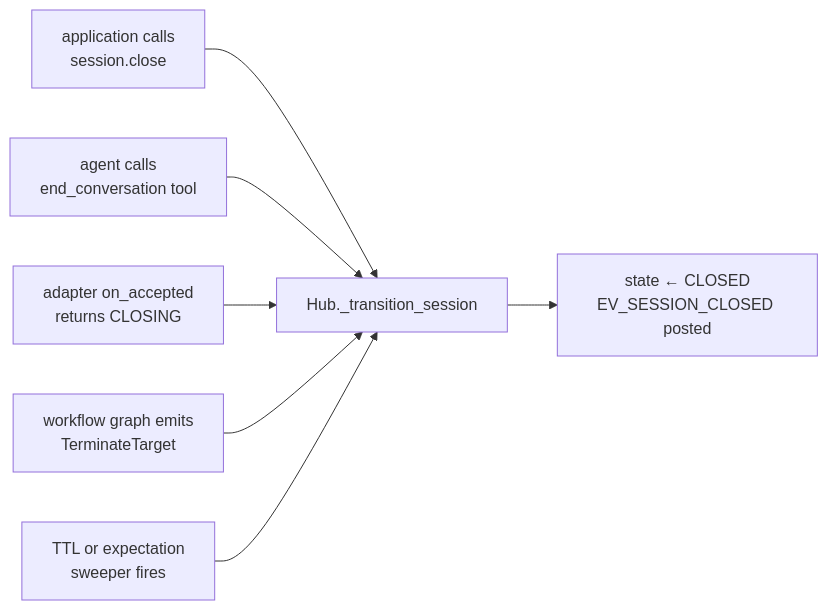
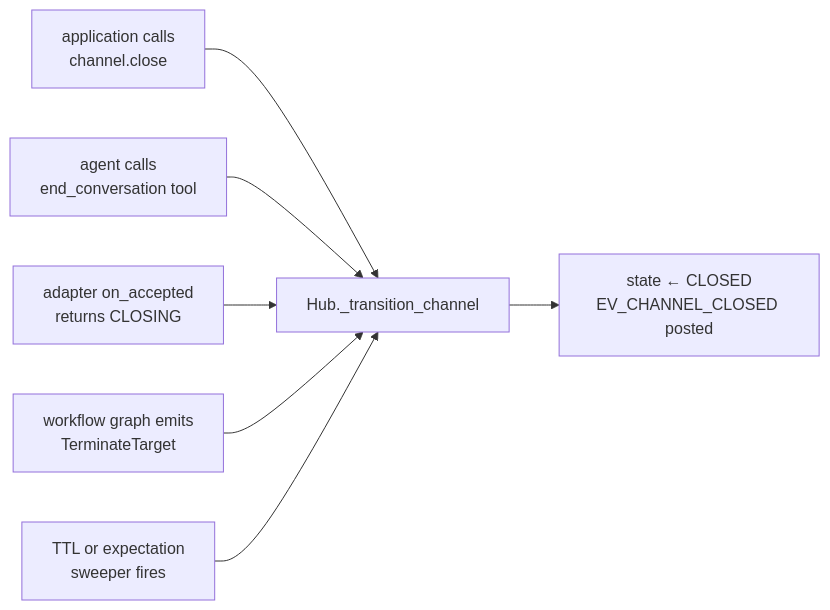
The first of 2 diagrams in website/docs/beta/network/termination.mdx (shaneholloman/ag2), drawn with Mermaid before and after one commit. The commit also changed other lines of this file and 100 other files, not shown here.

````diff
--- a/website/docs/beta/network/termination.mdx
+++ b/website/docs/beta/network/termination.mdx
@@ -18,16 +18,16 @@
 ```mermaid
 flowchart LR
-    A[application calls<br/>session.close]
+    A[application calls<br/>channel.close]
     B[agent calls<br/>end_conversation tool]
     C[adapter on_accepted<br/>returns CLOSING]
     D[workflow graph emits<br/>TerminateTarget]
     E[TTL or expectation<br/>sweeper fires]
 
-    A --> H[Hub._transition_session]
+    A --> H[Hub._transition_channel]
     B --> H
     C --> H
     D --> H
     E --> H
 
-    H --> CLOSED[state ← CLOSED<br/>EV_SESSION_CLOSED posted]
+    H --> CLOSED[state ← CLOSED<br/>EV_CHANNEL_CLOSED posted]
 ```
````
